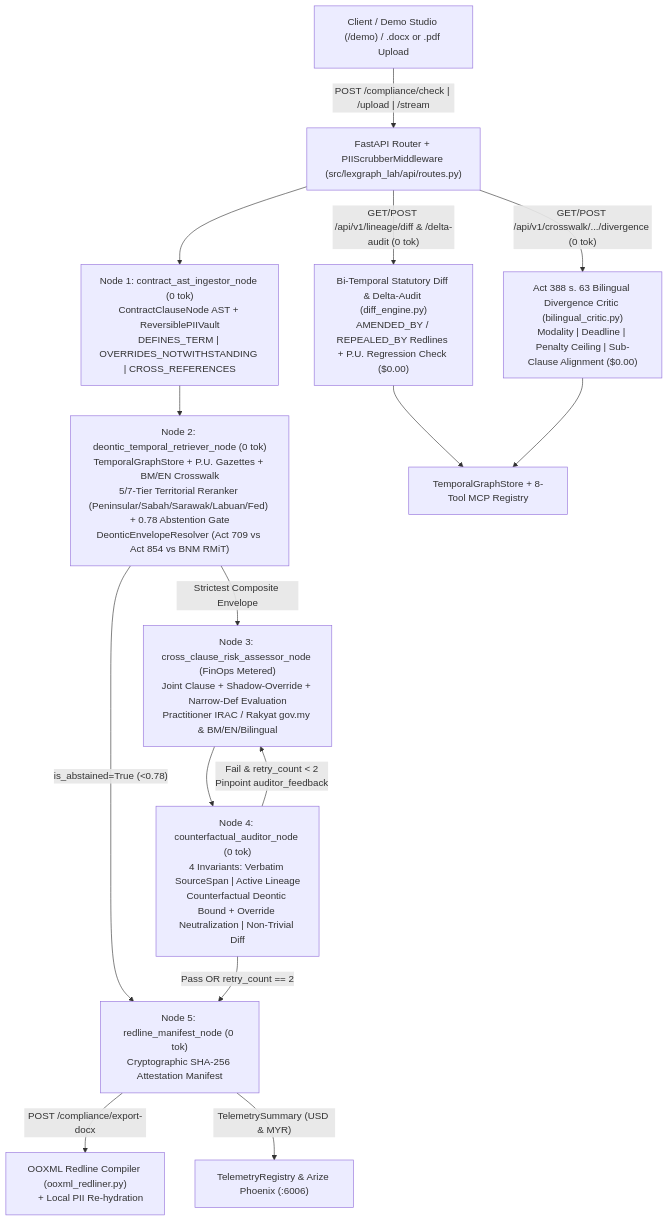
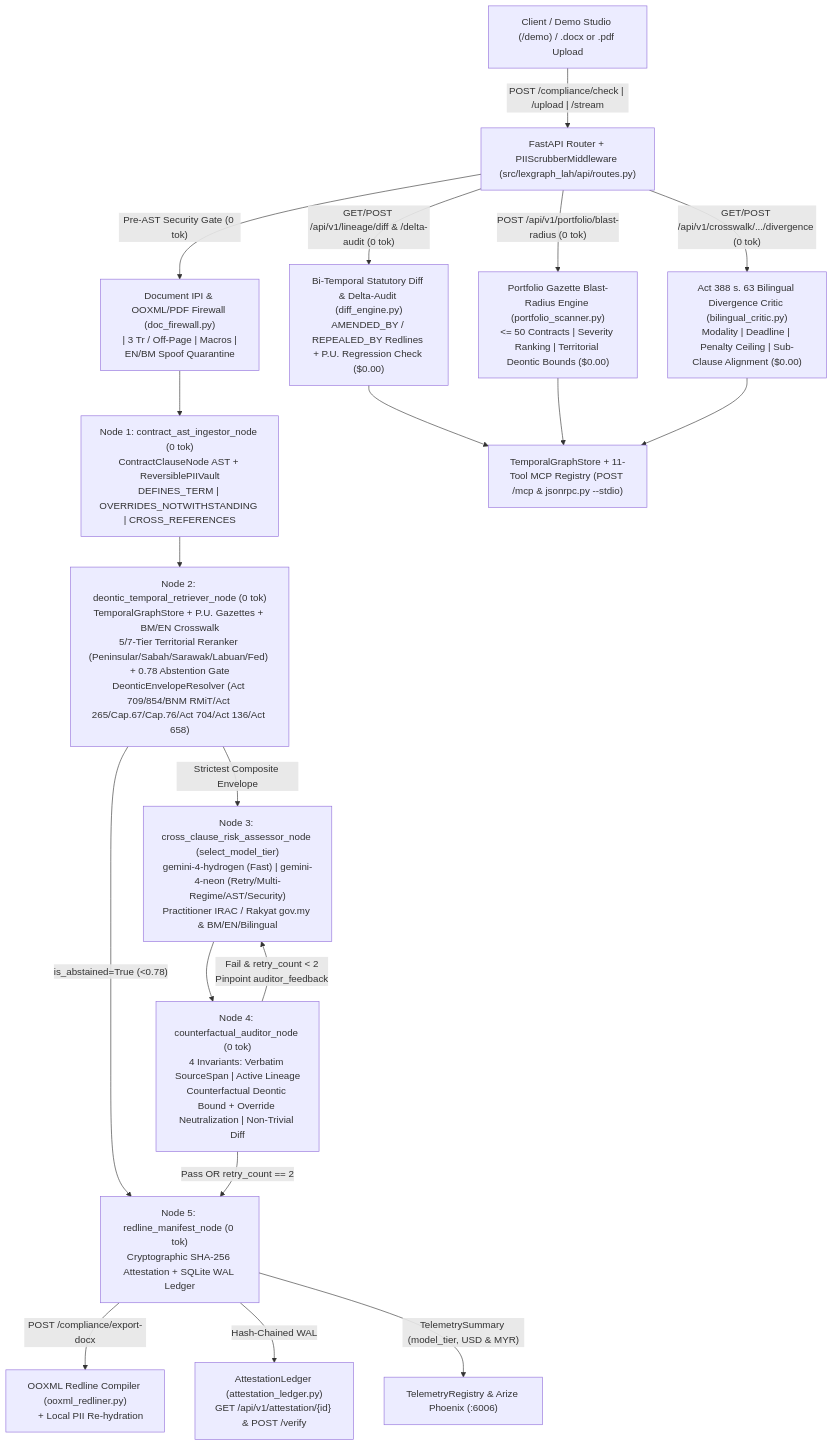
Before and after one commit to Kearskill/lexgraph-lah: the diagram in README.md, drawn with Mermaid. The commit also changed other lines of this file and 26 other files, not shown here.

Commit message:
feat(security-portfolio): add OOXML/PDF prompt-injection firewall, 5-territory deontic solver expansion, portfolio gazette blast-radius scanner, tamper-evident attestation ledger, JSON-RPC 2.0 MCP server, and gemini-4-neon FinOps tiering

````diff
--- a/README.md
+++ b/README.md
@@ -41,22 +43,26 @@
 ```mermaid
 flowchart TD
     Client["Client / Demo Studio (/demo) / .docx or .pdf Upload"] -->|"POST /compliance/check | /upload | /stream"| API["FastAPI Router + PIIScrubberMiddleware (src/lexgraph_lah/api/routes.py)"]
 
-    API --> Node1["Node 1: contract_ast_ingestor_node (0 tok)\nContractClauseNode AST + ReversiblePIIVault\nDEFINES_TERM | OVERRIDES_NOTWITHSTANDING | CROSS_REFERENCES"]
-    Node1 --> Node2["Node 2: deontic_temporal_retriever_node (0 tok)\nTemporalGraphStore + P.U. Gazettes + BM/EN Crosswalk\n5/7-Tier Territorial Reranker (Peninsular/Sabah/Sarawak/Labuan/Fed) + 0.78 Abstention Gate\nDeonticEnvelopeResolver (Act 709 vs Act 854 vs BNM RMiT)"]
+    API -->|"Pre-AST Security Gate (0 tok)"| Firewall["Document IPI & OOXML/PDF Firewall (doc_firewall.py)\n<w:vanish/> | 3 Tr / Off-Page | Macros | EN/BM Spoof Quarantine"]
+    Firewall --> Node1["Node 1: contract_ast_ingestor_node (0 tok)\nContractClauseNode AST + ReversiblePIIVault\nDEFINES_TERM | OVERRIDES_NOTWITHSTANDING | CROSS_REFERENCES"]
+    Node1 --> Node2["Node 2: deontic_temporal_retriever_node (0 tok)\nTemporalGraphStore + P.U. Gazettes + BM/EN Crosswalk\n5/7-Tier Territorial Reranker (Peninsular/Sabah/Sarawak/Labuan/Fed) + 0.78 Abstention Gate\nDeonticEnvelopeResolver (Act 709/854/BNM RMiT/Act 265/Cap.67/Cap.76/Act 704/Act 136/Act 658)"]
 
     Node2 -->|"is_abstained=True (<0.78)"| Node5
-    Node2 -->|"Strictest Composite Envelope"| Node3["Node 3: cross_clause_risk_assessor_node (FinOps Metered)\nJoint Clause + Shadow-Override + Narrow-Def Evaluation\nPractitioner IRAC / Rakyat gov.my & BM/EN/Bilingual"]
+    Node2 -->|"Strictest Composite Envelope"| Node3["Node 3: cross_clause_risk_assessor_node (select_model_tier)\ngemini-4-hydrogen (Fast) | gemini-4-neon (Retry/Multi-Regime/AST/Security)\nPractitioner IRAC / Rakyat gov.my & BM/EN/Bilingual"]
 
     Node3 --> Node4["Node 4: counterfactual_auditor_node (0 tok)\n4 Invariants: Verbatim SourceSpan | Active Lineage\nCounterfactual Deontic Bound + Override Neutralization | Non-Trivial Diff"]
     Node4 -->|"Fail & retry_count < 2\nPinpoint auditor_feedback"| Node3
-    Node4 -->|"Pass OR retry_count == 2"| Node5["Node 5: redline_manifest_node (0 tok)\nCryptographic SHA-256 Attestation Manifest"]
+    Node4 -->|"Pass OR retry_count == 2"| Node5["Node 5: redline_manifest_node (0 tok)\nCryptographic SHA-256 Attestation + SQLite WAL Ledger"]
 
     API -->|"GET/POST /api/v1/lineage/diff & /delta-audit (0 tok)"| DiffEngine["Bi-Temporal Statutory Diff & Delta-Audit (diff_engine.py)\nAMENDED_BY / REPEALED_BY Redlines + P.U. Regression Check ($0.00)"]
+    API -->|"POST /api/v1/portfolio/blast-radius (0 tok)"| Portfolio["Portfolio Gazette Blast-Radius Engine (portfolio_scanner.py)\n<= 50 Contracts | Severity Ranking | Territorial Deontic Bounds ($0.00)"]
     API -->|"GET/POST /api/v1/crosswalk/.../divergence (0 tok)"| Critic388["Act 388 s. 63 Bilingual Divergence Critic (bilingual_critic.py)\nModality | Deadline | Penalty Ceiling | Sub-Clause Alignment ($0.00)"]
-    DiffEngine --> GraphStore["TemporalGraphStore + 8-Tool MCP Registry"]
+    DiffEngine --> GraphStore["TemporalGraphStore + 11-Tool MCP Registry (POST /mcp & jsonrpc.py --stdio)"]
+    Portfolio --> GraphStore
     Critic388 --> GraphStore
 
     Node5 -->|"POST /compliance/export-docx"| OOXML["OOXML Redline Compiler (ooxml_redliner.py)\n<w:trackRevisions/> <w:del> <w:ins> <w:comment> + Local PII Re-hydration"]
-    Node5 -->|"TelemetrySummary (USD & MYR)"| OTel["TelemetryRegistry & Arize Phoenix (:6006)"]
+    Node5 -->|"Hash-Chained WAL"| Ledger["AttestationLedger (attestation_ledger.py)\nGET /api/v1/attestation/{id} & POST /verify"]
+    Node5 -->|"TelemetrySummary (model_tier, USD & MYR)"| OTel["TelemetryRegistry & Arize Phoenix (:6006)"]
 ```
````
